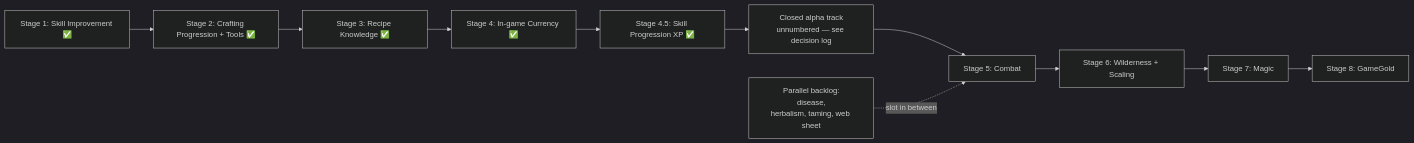
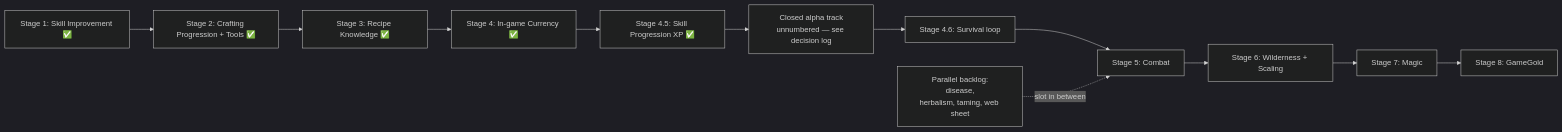
One commit to G0dlet/PolishedWorld changed the diagram in docs/roadmap.md. Above: the diagram before and after it, drawn with Mermaid (dark theme). The commit also changed other lines of this file and 3 other files, not shown here.

First line of the commit message:
docs: Stage 4.6 Survival loop and the order after the webclient (roadmap Rev 61, BACKLOG Rev 88)

````diff
--- a/docs/roadmap.md
+++ b/docs/roadmap.md
@@ -134,13 +141,14 @@
 ```mermaid
 graph LR
     S1[Stage 1: Skill Improvement ✅] --> S2[Stage 2: Crafting Progression + Tools ✅]
     S2 --> S3[Stage 3: Recipe Knowledge ✅]
     S3 --> S4[Stage 4: In-game Currency ✅]
     S4 --> S45[Stage 4.5: Skill Progression XP ✅]
     S45 --> ALPHA[Closed alpha track<br/>unnumbered — see decision log]
-    ALPHA --> S5[Stage 5: Combat]
+    ALPHA --> S46[Stage 4.6: Survival loop]
+    S46 --> S5[Stage 5: Combat]
     S5 --> S6[Stage 6: Wilderness + Scaling]
     S6 --> S7[Stage 7: Magic]
     S7 --> S8[Stage 8: GameGold]
     P[Parallel backlog:<br/>disease,<br/>herbalism, taming, web sheet] -.slot in between.-> S5
 ```
````
